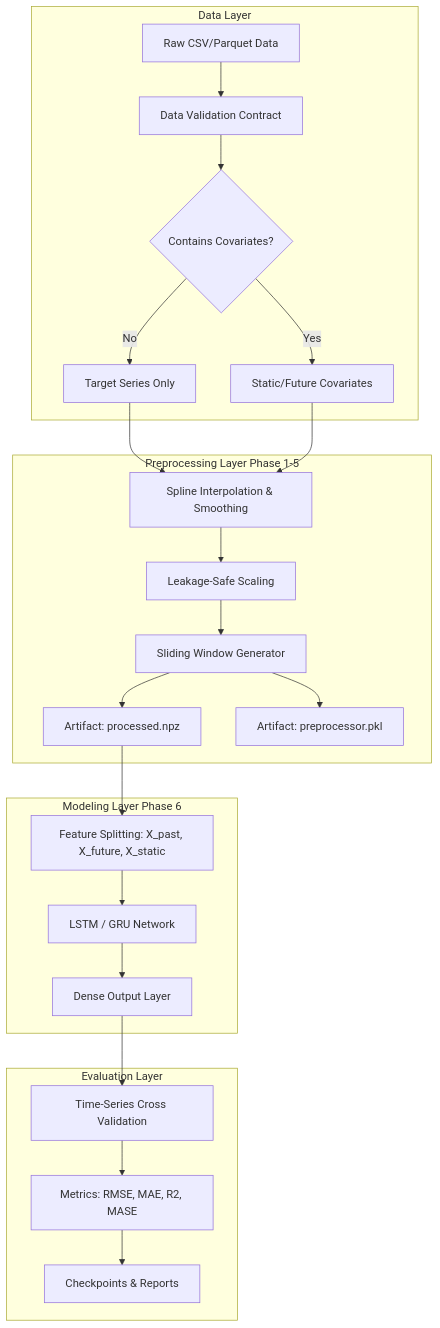
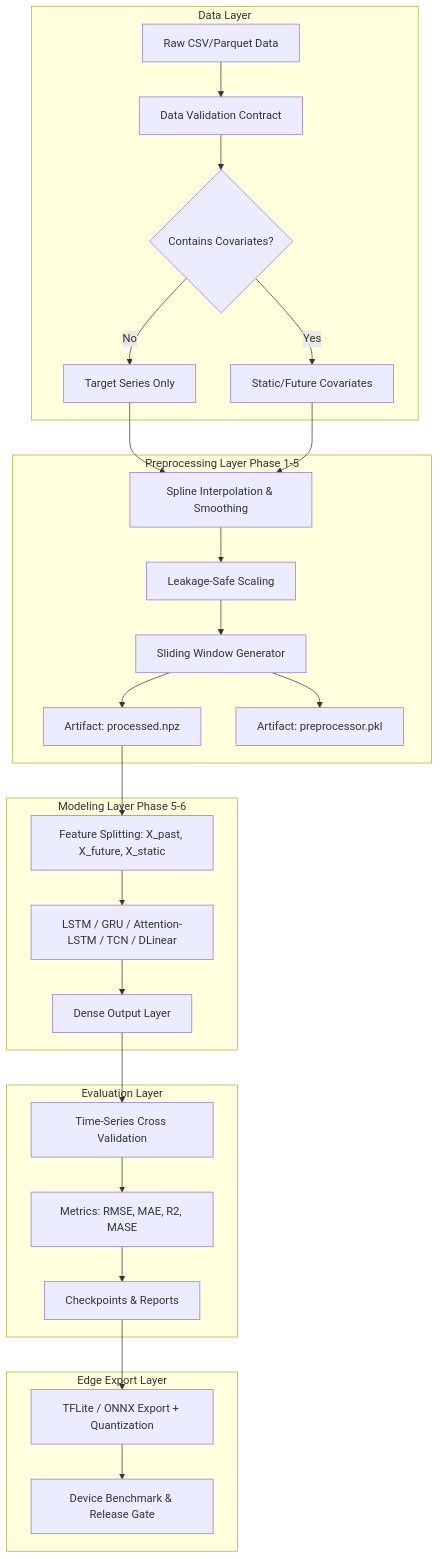
One commit to tollama/spline-lstm changed the diagram in docs/architecture.md. Above: the diagram before and after it, drawn with Mermaid. The commit also changed other lines of this file and 3 other files, not shown here.

First line of the commit message:
docs: add models/covariates and edge export

````diff
--- a/docs/architecture.md
+++ b/docs/architecture.md
@@ -25,31 +25,36 @@
 ```mermaid
 graph TD
     subgraph Data Layer
         A[Raw CSV/Parquet Data] --> B[Data Validation Contract]
         B --> C{Contains Covariates?}
         C -->|Yes| Cov[Static/Future Covariates]
         C -->|No| D[Target Series Only]
     end
 
     subgraph Preprocessing Layer Phase 1-5
         D --> E[Spline Interpolation & Smoothing]
         Cov --> E
         E --> F[Leakage-Safe Scaling]
         F --> G[Sliding Window Generator]
         
         G --> H[Artifact: processed.npz]
         G --> I[Artifact: preprocessor.pkl]
     end
 
-    subgraph Modeling Layer Phase 6
+    subgraph Modeling Layer Phase 5-6
         H --> L[Feature Splitting: X_past, X_future, X_static]
-        L --> M[LSTM / GRU Network]
+        L --> M[LSTM / GRU / Attention-LSTM / TCN / DLinear]
         M --> N[Dense Output Layer]
     end
 
     subgraph Evaluation Layer
         N --> O[Time-Series Cross Validation]
         O --> P[Metrics: RMSE, MAE, R2, MASE]
         P --> Q[Checkpoints & Reports]
     end
+
+    subgraph Edge Export Layer
+        Q --> R[TFLite / ONNX Export + Quantization]
+        R --> S[Device Benchmark & Release Gate]
+    end
 ```
````
